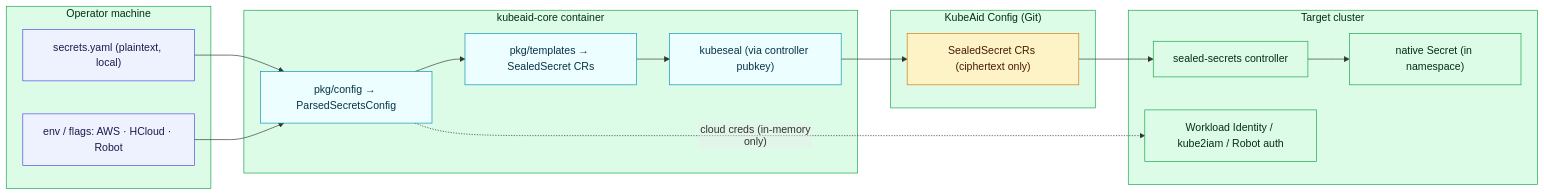
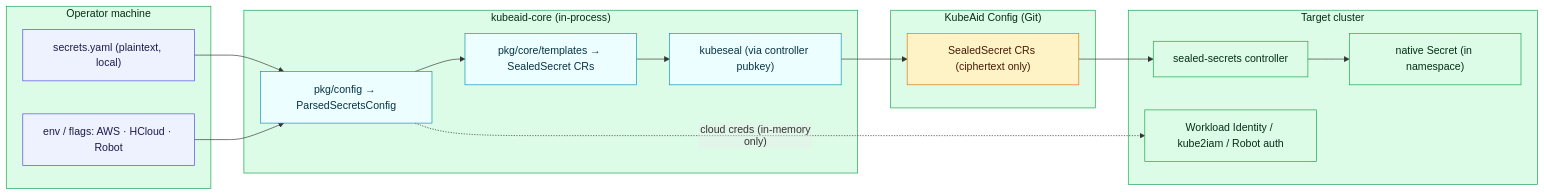
One commit to Obmondo/kubeaid-cli changed diagram 11 of 11 in docs/architecture.md. Above: the diagram before and after it, drawn with Mermaid. The commit also changed other lines of this file and 10 other files, not shown here.

First line of the commit message:
docs: fix architecture drift, regenerate config artifacts, guard generators in CI

````diff
--- a/docs/architecture.md
+++ b/docs/architecture.md
@@ -482,39 +490,39 @@
 ```mermaid
 %%{init: {'flowchart': {'htmlLabels': false}}}%%
 flowchart LR
   subgraph OP["Operator machine"]
     sy["secrets.yaml (plaintext, local)"]
     env["env / flags: AWS · HCloud · Robot"]
   end
 
-  subgraph CORE["kubeaid-core container"]
+  subgraph CORE["kubeaid-core (in-process)"]
     parse["pkg/config → ParsedSecretsConfig"]
-    render["pkg/templates → SealedSecret CRs"]
+    render["pkg/core/templates → SealedSecret CRs"]
     kubeseal["kubeseal (via controller pubkey)"]
   end
 
   subgraph REPO["KubeAid Config (Git)"]
     ss["SealedSecret CRs (ciphertext only)"]
   end
 
   subgraph TGT["Target cluster"]
     ssc["sealed-secrets controller"]
     k8s["native Secret (in namespace)"]
     wi["Workload Identity / kube2iam / Robot auth"]
   end
 
   sy --> parse
   env --> parse
   parse --> render --> kubeseal --> ss
   ss --> ssc --> k8s
   parse -. "cloud creds (in-memory only)" .-> wi
 
   classDef op fill:#eef2ff,stroke:#4f46e5,color:#1e1b4b;
   classDef engine fill:#ecfeff,stroke:#0891b2,color:#083344;
   classDef git fill:#fef3c7,stroke:#d97706,color:#451a03;
   classDef cluster fill:#dcfce7,stroke:#16a34a,color:#052e16;
   class sy,env op;
   class parse,render,kubeseal engine;
   class ss git;
   class ssc,k8s,wi cluster;
 ```
````
